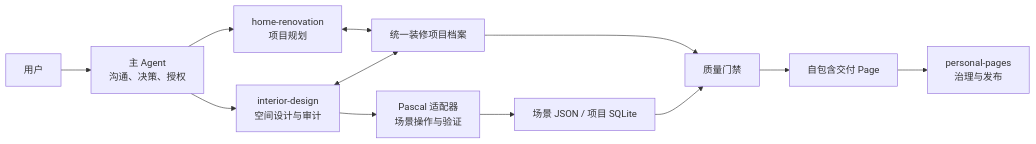
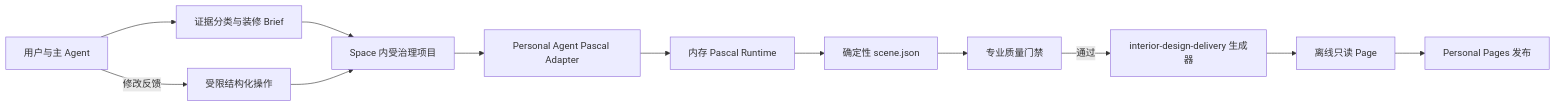
Before and after one commit to chenchen428/personal-agent-node: the diagram in docs/professional-interior-design-agent.md, drawn with Mermaid. The commit also changed other lines of this file and 72 other files, not shown here.

Commit message:
refactor: make Pascal v2 the sole interior design pipeline

````diff
--- a/docs/professional-interior-design-agent.md
+++ b/docs/professional-interior-design-agent.md
@@ -167,14 +68,14 @@
 ```mermaid
 flowchart LR
-    U["用户"] --> A["主 Agent<br/>沟通、决策、授权"]
-    A --> H["home-renovation<br/>项目规划"]
-    A --> I["interior-design<br/>空间设计与审计"]
-    H <--> P["统一装修项目档案"]
-    I <--> P
-    I --> X["Pascal 适配器<br/>场景操作与验证"]
-    X --> S["场景 JSON / 项目 SQLite"]
-    P --> G["质量门禁"]
-    S --> G
-    G --> V["自包含交付 Page"]
-    V --> PP["personal-pages<br/>治理与发布"]
+  U["用户与主 Agent"] --> E["证据分类与装修 Brief"]
+  E --> P["Space 内受治理项目"]
+  P --> A["Personal Agent Pascal Adapter"]
+  A --> H["内存 Pascal Runtime"]
+  H --> S["确定性 scene.json"]
+  S --> Q["专业质量门禁"]
+  Q -->|通过| G["interior-design-delivery 生成器"]
+  G --> D["离线只读 Page"]
+  D --> R["Personal Pages 发布"]
+  U -->|修改反馈| O["受限结构化操作"]
+  O --> P
 ```
````
